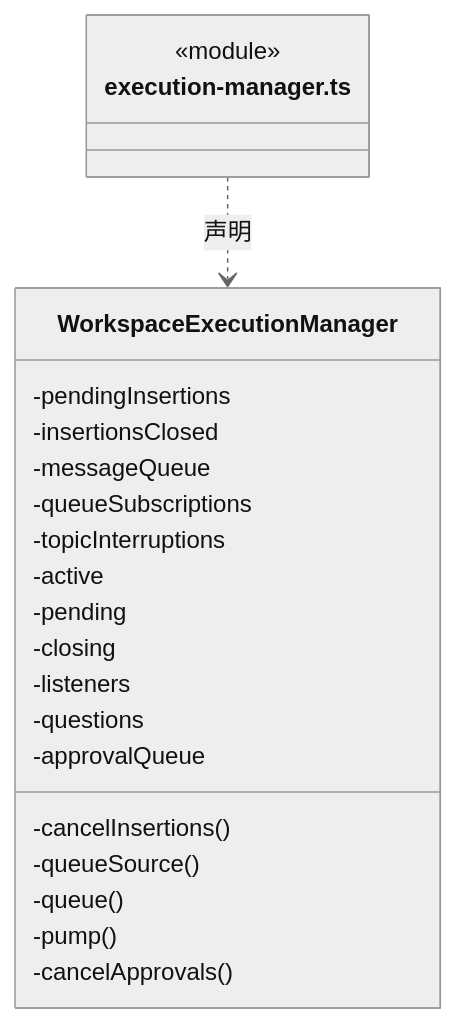
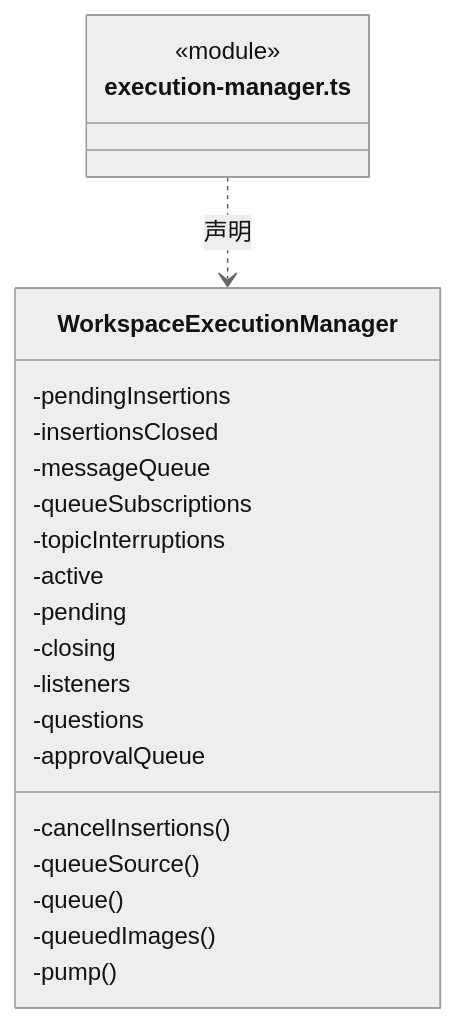
One commit to nan023062/cbim changed the fifth of 12 diagrams in src/logic/conversation/runtime/ARCHITECTURE.md. Above: the diagram before and after it, drawn with Mermaid (neutral theme). The commit also changed other lines of this file and 58 other files, not shown here.

````diff
--- a/src/logic/conversation/runtime/ARCHITECTURE.md
+++ b/src/logic/conversation/runtime/ARCHITECTURE.md
@@ -173,25 +173,25 @@
 ```mermaid
 classDiagram
 class N_src_logic_conversation_runtime_execution_manager_ts["execution-manager.ts"] {
   <<module>>
 }
 class N_src_logic_conversation_runtime_execution_manager_ts_WorkspaceExecutionManager["WorkspaceExecutionManager"] {
   -pendingInsertions
   -insertionsClosed
   -cancelInsertions()
   -messageQueue
   -queueSubscriptions
   -queueSource()
   -queue()
+  -queuedImages()
   -pump()
   -topicInterruptions
   -active
   -pending
   -closing
   -listeners
   -questions
   -approvalQueue
-  -cancelApprovals()
 }
 N_src_logic_conversation_runtime_execution_manager_ts ..> N_src_logic_conversation_runtime_execution_manager_ts_WorkspaceExecutionManager : 声明
 ```
````
